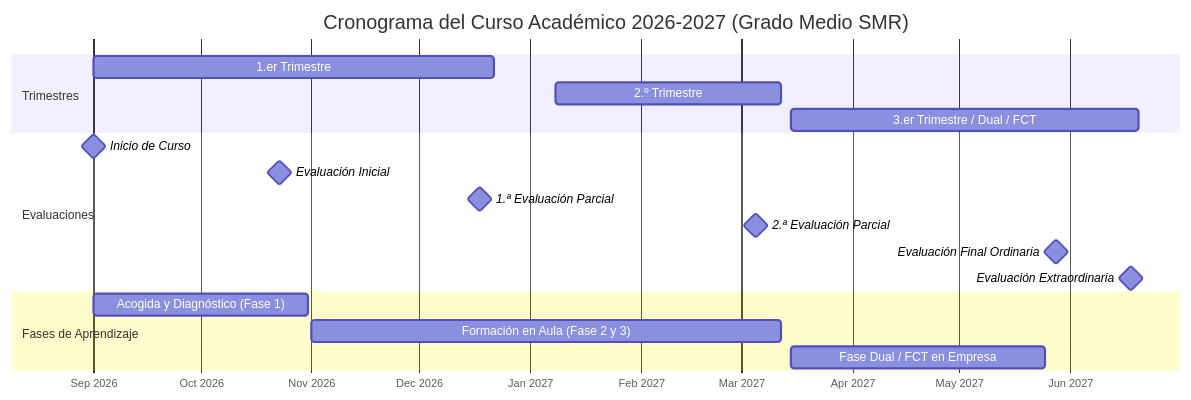
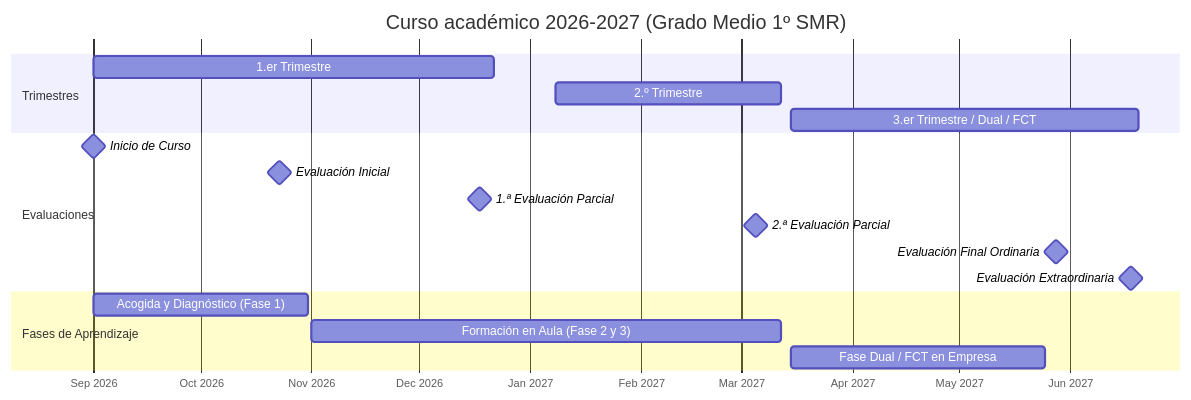
Before and after one commit to ezellabor/Inicio-de-curso: the first of 2 diagrams in Itinerario_Formativo_Evaluaciones_SMR_2026_2027.md, drawn with Mermaid. The commit also changed other lines of this file, not shown here.

Commit message:
Rename section and update Gantt chart title

````diff
--- a/Itinerario_Formativo_Evaluaciones_SMR_2026_2027.md
+++ b/Itinerario_Formativo_Evaluaciones_SMR_2026_2027.md
@@ -13,24 +13,24 @@
 ```mermaid
 gantt
-    title Cronograma del Curso Académico 2026-2027 (Grado Medio SMR)
+    title Curso académico 2026-2027 (Grado Medio 1º SMR)
     dateFormat  YYYY-MM-DD
     axisFormat  %b %Y
 
     section Trimestres
     1.er Trimestre                :a1, 2026-09-01, 2026-12-22
     2.º Trimestre                 :a2, 2027-01-08, 2027-03-12
     3.er Trimestre / Dual / FCT  :a3, 2027-03-15, 2027-06-20
 
     section Evaluaciones
     Inicio de Curso               :milestone, m1, 2026-09-01, 0d
     Evaluación Inicial            :milestone, m2, 2026-10-23, 0d
     1.ª Evaluación Parcial        :milestone, m3, 2026-12-18, 0d
     2.ª Evaluación Parcial        :milestone, m4, 2027-03-05, 0d
     Evaluación Final Ordinaria    :milestone, m5, 2027-05-28, 0d
     Evaluación Extraordinaria     :milestone, m6, 2027-06-18, 0d
 
     section Fases de Aprendizaje
     Acogida y Diagnóstico (Fase 1):p1, 2026-09-01, 2026-10-31
     Formación en Aula (Fase 2 y 3) :p2, 2026-11-01, 2027-03-12
     Fase Dual / FCT en Empresa    :p3, 2027-03-15, 2027-05-25
 ```
````
